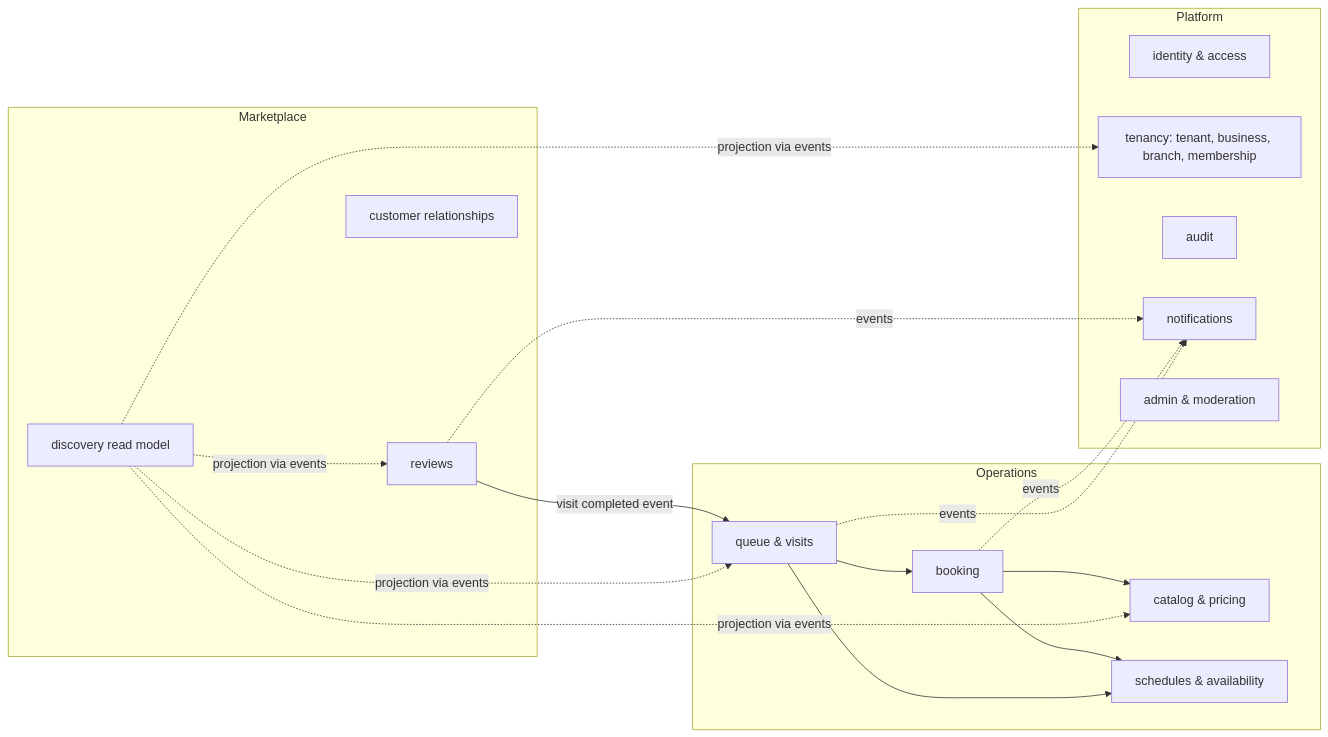
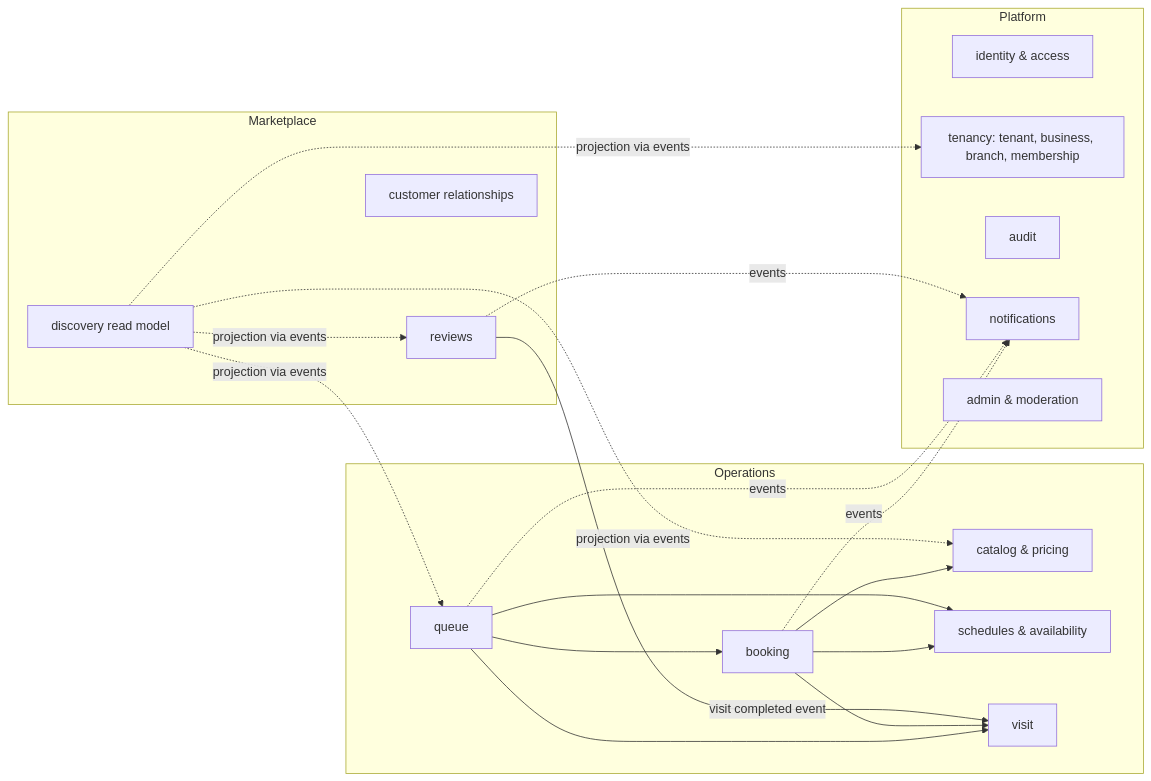
Before and after one commit to EgyTech-hub/Turnio: the first of 4 diagrams in docs/03-mvp-and-architecture.md, drawn with Mermaid. The commit also changed other lines of this file and 16 other files, not shown here.

````diff
--- a/docs/03-mvp-and-architecture.md
+++ b/docs/03-mvp-and-architecture.md
@@ -67,28 +79,31 @@
 ```mermaid
 flowchart LR
   subgraph Platform
     IAM[identity & access]
     TEN[tenancy: tenant, business, branch, membership]
     AUD[audit]
     NTF[notifications]
     ADM[admin & moderation]
   end
   subgraph Operations
     CAT[catalog & pricing]
     SCH[schedules & availability]
     BKG[booking]
-    QUE[queue & visits]
+    QUE[queue]
+    VIS[visit]
   end
   subgraph Marketplace
     DIS[discovery read model]
     REV[reviews]
     CRM[customer relationships]
   end
   BKG --> CAT
   BKG --> SCH
   QUE --> SCH
   QUE --> BKG
-  REV -->|visit completed event| QUE
+  QUE --> VIS
+  BKG --> VIS
+  REV -->|visit completed event| VIS
   DIS -.projection via events.-> TEN & CAT & QUE & REV
   BKG & QUE & REV -.events.-> NTF
 ```
````
